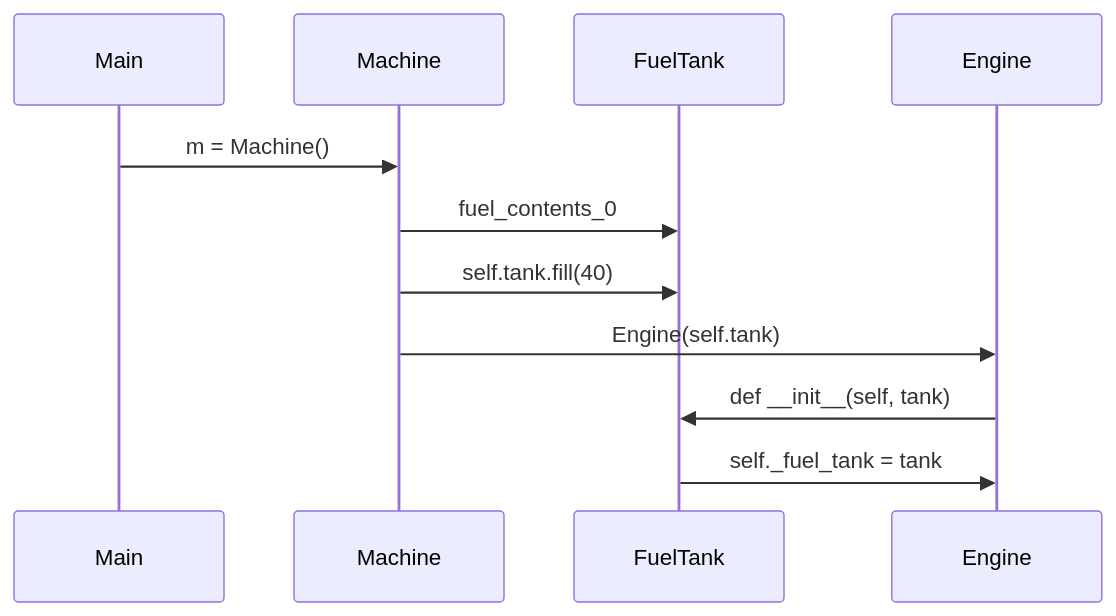
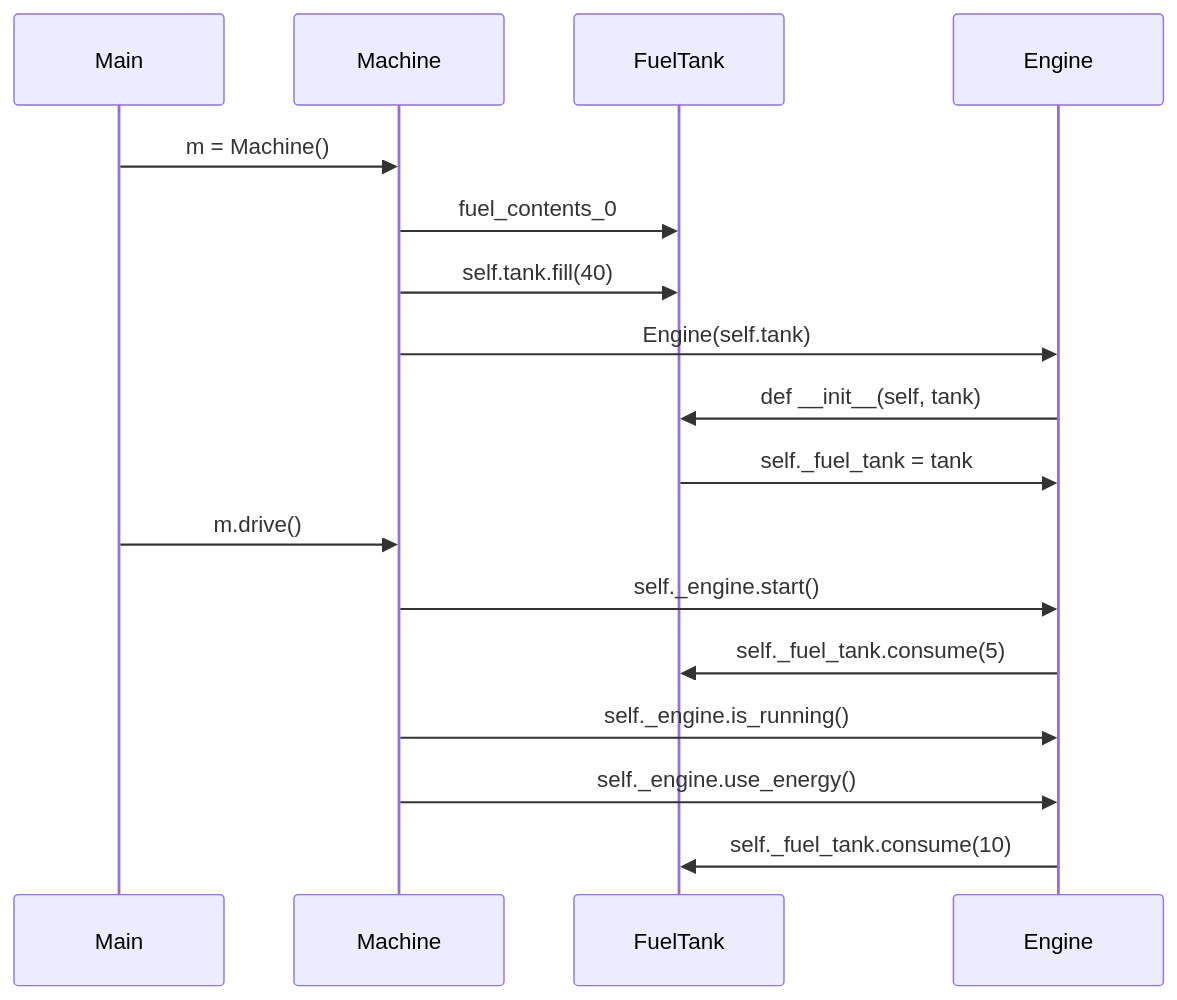
Before and after one commit to kodtld/TravelHub: the diagram in laskarit/viikko3/sekvenssikaavio.md, drawn with Mermaid.

````diff
--- a/laskarit/viikko3/sekvenssikaavio.md
+++ b/laskarit/viikko3/sekvenssikaavio.md
@@ -1,9 +1,15 @@
 ```mermaid
  sequenceDiagram
      Main->>Machine: m = Machine()
      Machine->>FuelTank: fuel_contents_0
      Machine->>FuelTank: self.tank.fill(40)
      Machine->>Engine: Engine(self.tank)
      Engine->>FuelTank: def __init__(self, tank)
      FuelTank->>Engine: self._fuel_tank = tank
+     Main->>Machine: m.drive()
+     Machine->>Engine: self._engine.start()
+     Engine->>FuelTank: self._fuel_tank.consume(5)
+     Machine->>Engine: self._engine.is_running()
+     Machine->>Engine: self._engine.use_energy()
+     Engine->>FuelTank: self._fuel_tank.consume(10)
 ```
````
